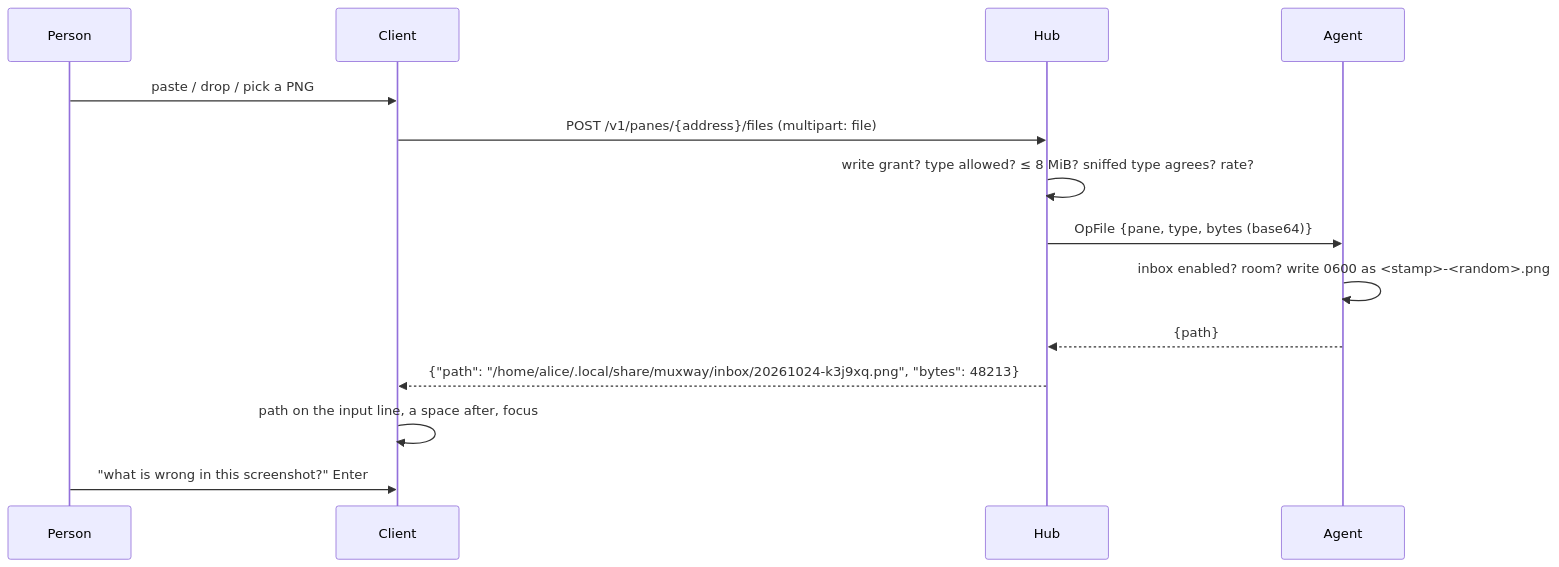
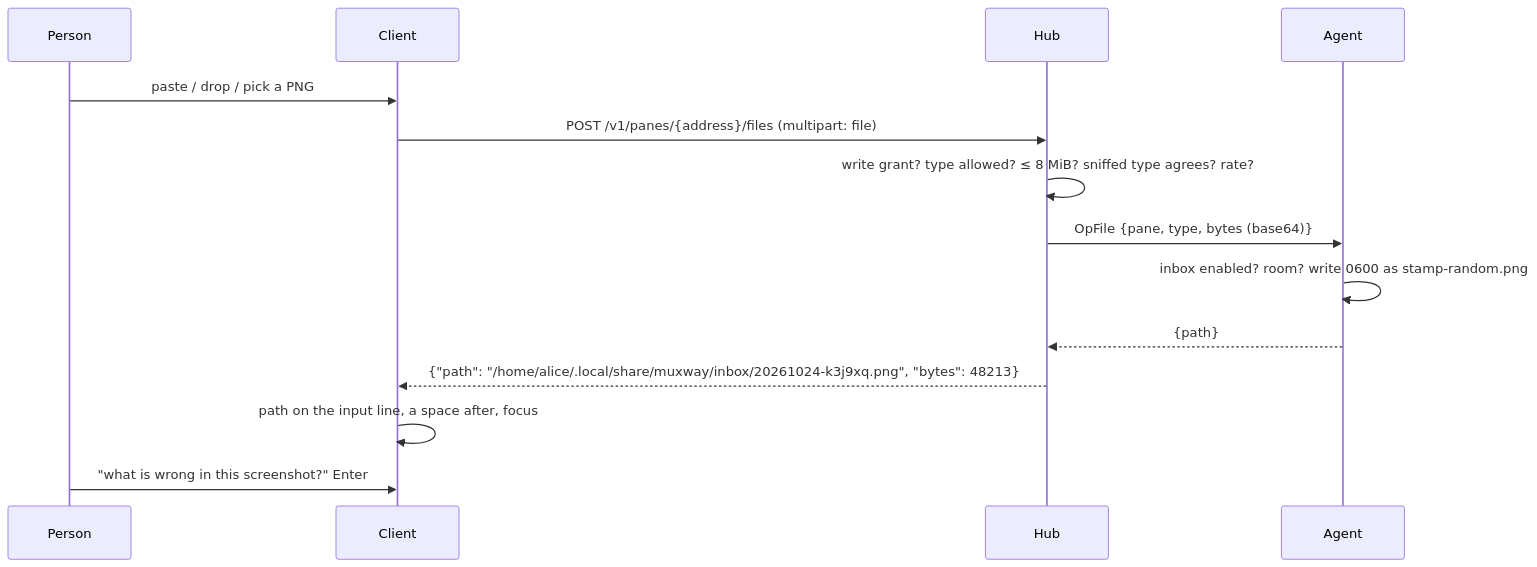
The diagram in docs/plans/2026-10-24-attachments.md (notmarkopadjen/muxway), drawn with Mermaid before and after one commit. The commit also changed 13 other files, not shown here.

First line of the commit message:
Docs: Mermaid blocks render on GitHub again

````diff
--- a/docs/plans/2026-10-24-attachments.md
+++ b/docs/plans/2026-10-24-attachments.md
@@ -23,16 +23,16 @@
 ```mermaid
 sequenceDiagram
     participant P as Person
     participant C as Client
     participant H as Hub
     participant A as Agent
     P->>C: paste / drop / pick a PNG
     C->>H: POST /v1/panes/{address}/files (multipart: file)
     H->>H: write grant? type allowed? ≤ 8 MiB? sniffed type agrees? rate?
     H->>A: OpFile {pane, type, bytes (base64)}
-    A->>A: inbox enabled? room? write 0600 as <stamp>-<random>.png
+    A->>A: inbox enabled? room? write 0600 as stamp-random.png
     A-->>H: {path}
     H-->>C: {"path": "/home/alice/.local/share/muxway/inbox/20261024-k3j9xq.png", "bytes": 48213}
     C->>C: path on the input line, a space after, focus
     P->>C: "what is wrong in this screenshot?" Enter
 ```
````
